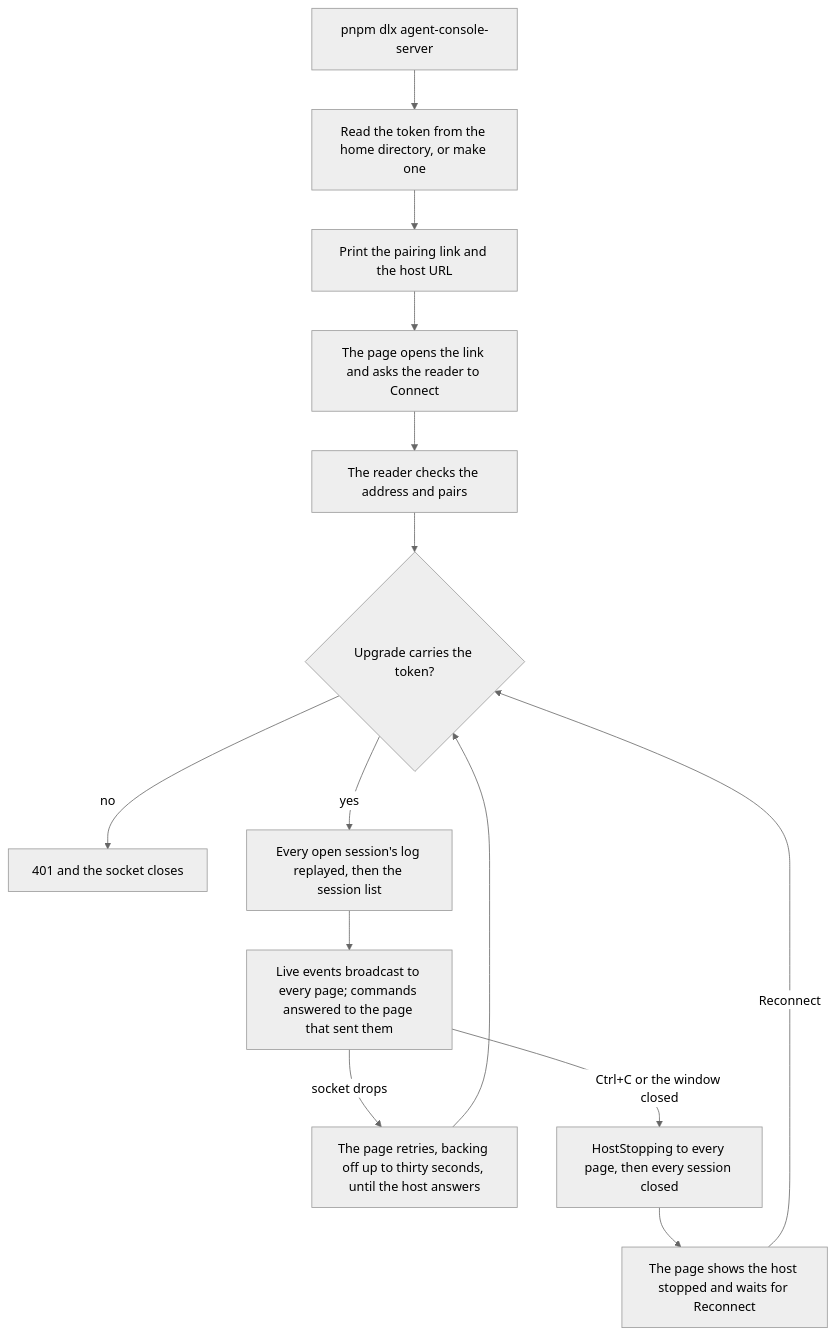
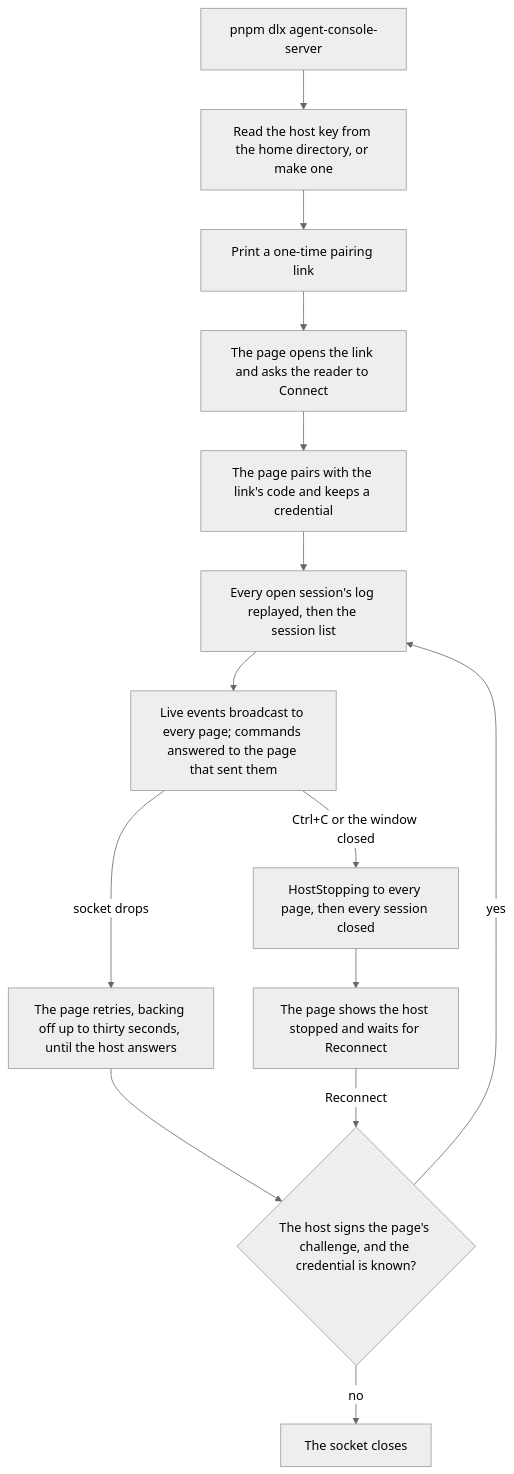
Before and after one commit to Esposter/Esposter: the diagram in apps/web/content/docs/infra/claude-interface/agent-console/host.md, drawn with Mermaid (neutral theme). The commit also changed other lines of this file and 76 other files, not shown here.

````diff
--- a/apps/web/content/docs/infra/claude-interface/agent-console/host.md
+++ b/apps/web/content/docs/infra/claude-interface/agent-console/host.md
@@ -12,16 +12,17 @@
 ```mermaid
 flowchart TD
-  Start[pnpm dlx agent-console-server] --> Token[Read the token from the home directory, or make one]
-  Token --> Print[Print the pairing link and the host URL]
+  Start[pnpm dlx agent-console-server] --> Key[Read the host key from the home directory, or make one]
+  Key --> Print[Print a one-time pairing link]
   Print --> Open[The page opens the link and asks the reader to Connect]
-  Open --> Pair[The reader checks the address and pairs]
-  Pair --> Upgrade{Upgrade carries the token?}
-  Upgrade -->|no| Refuse[401 and the socket closes]
+  Open --> Pair[The page pairs with the link's code and keeps a credential]
+  Pair --> Replay
+  Upgrade{The host signs the page's challenge, and the credential is known?}
+  Upgrade -->|no| Refuse[The socket closes]
   Upgrade -->|yes| Replay[Every open session's log replayed, then the session list]
   Replay --> Live[Live events broadcast to every page; commands answered to the page that sent them]
   Live -->|socket drops| Retry[The page retries, backing off up to thirty seconds, until the host answers]
   Retry --> Upgrade
   Live -->|Ctrl+C or the window closed| Stopping[HostStopping to every page, then every session closed]
   Stopping --> Stopped[The page shows the host stopped and waits for Reconnect]
   Stopped -->|Reconnect| Upgrade
 ```
````
